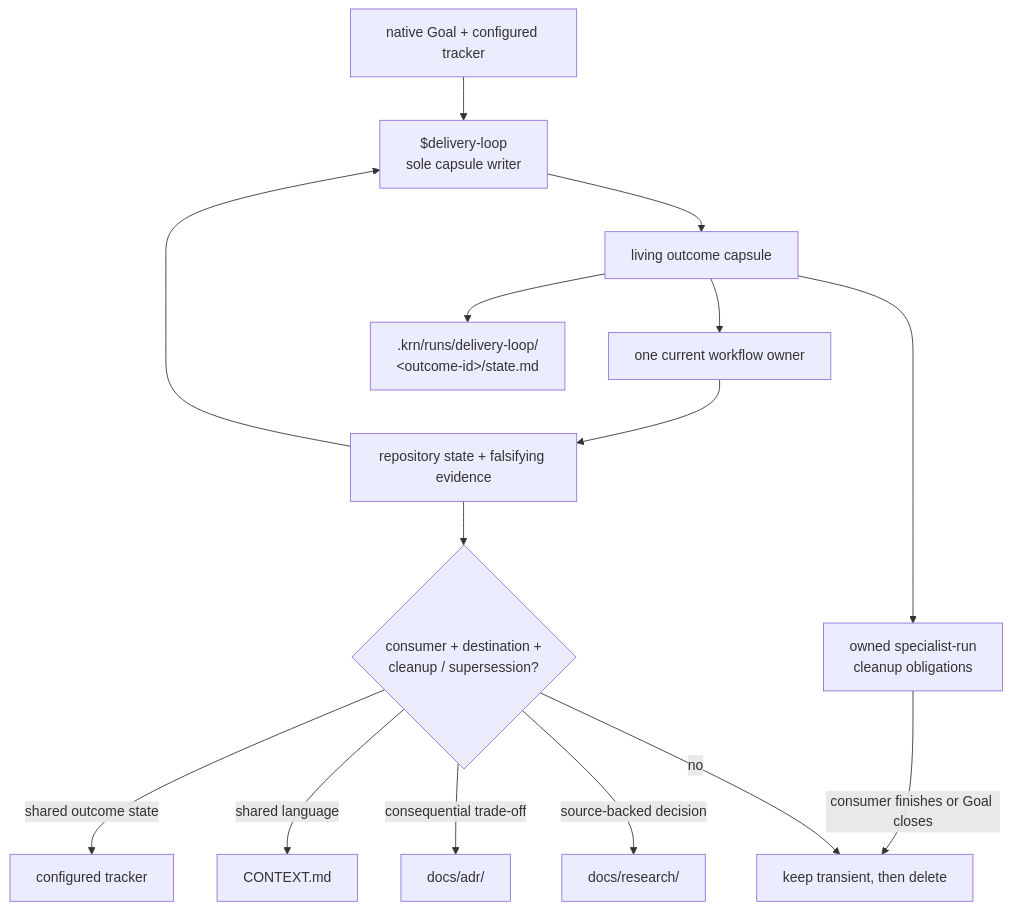
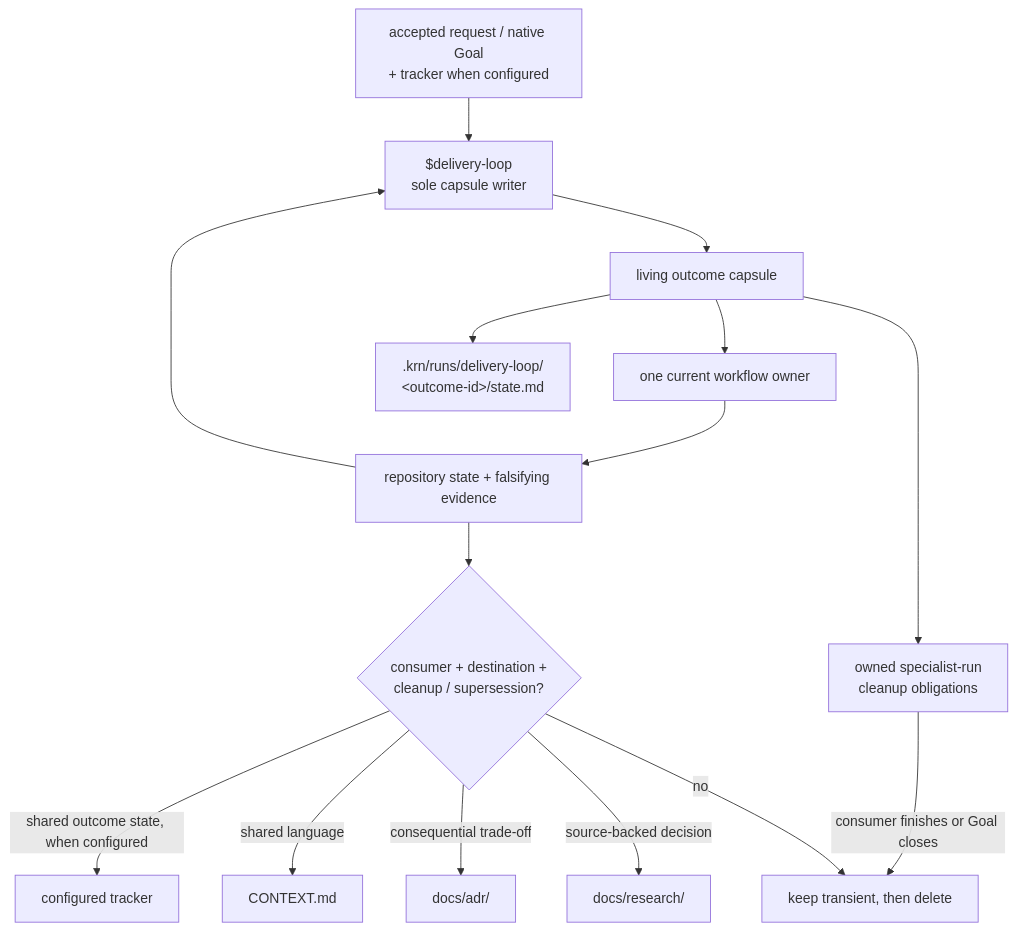
The second of 2 diagrams in README.md (korneliuszburian/krn-codex-skills), drawn with Mermaid before and after one commit. The commit also changed other lines of this file and 13 other files, not shown here.

````diff
--- a/README.md
+++ b/README.md
@@ -51,17 +51,17 @@
 ```mermaid
 flowchart TD
-  GOAL["native Goal + configured tracker"] --> LOOP["$delivery-loop<br/>sole capsule writer"]
+  GOAL["accepted request / native Goal<br/>+ tracker when configured"] --> LOOP["$delivery-loop<br/>sole capsule writer"]
   LOOP --> CAPSULE["living outcome capsule"]
   CAPSULE --> OWNER["one current workflow owner"]
   OWNER --> EVIDENCE["repository state + falsifying evidence"]
   EVIDENCE --> LOOP
   CAPSULE --> RUNS[".krn/runs/delivery-loop/<br/>&lt;outcome-id&gt;/state.md"]
   CAPSULE --> CLEANUP["owned specialist-run<br/>cleanup obligations"]
   CLEANUP -->|consumer finishes or Goal closes| DELETE
   EVIDENCE --> GATE{"consumer + destination +<br/>cleanup / supersession?"}
-  GATE -->|shared outcome state| TRACKER["configured tracker"]
+  GATE -->|shared outcome state, when configured| TRACKER["configured tracker"]
   GATE -->|shared language| CONTEXT["CONTEXT.md"]
   GATE -->|consequential trade-off| ADR["docs/adr/"]
   GATE -->|source-backed decision| RESEARCH["docs/research/"]
   GATE -->|no| DELETE["keep transient, then delete"]
 ```
````
